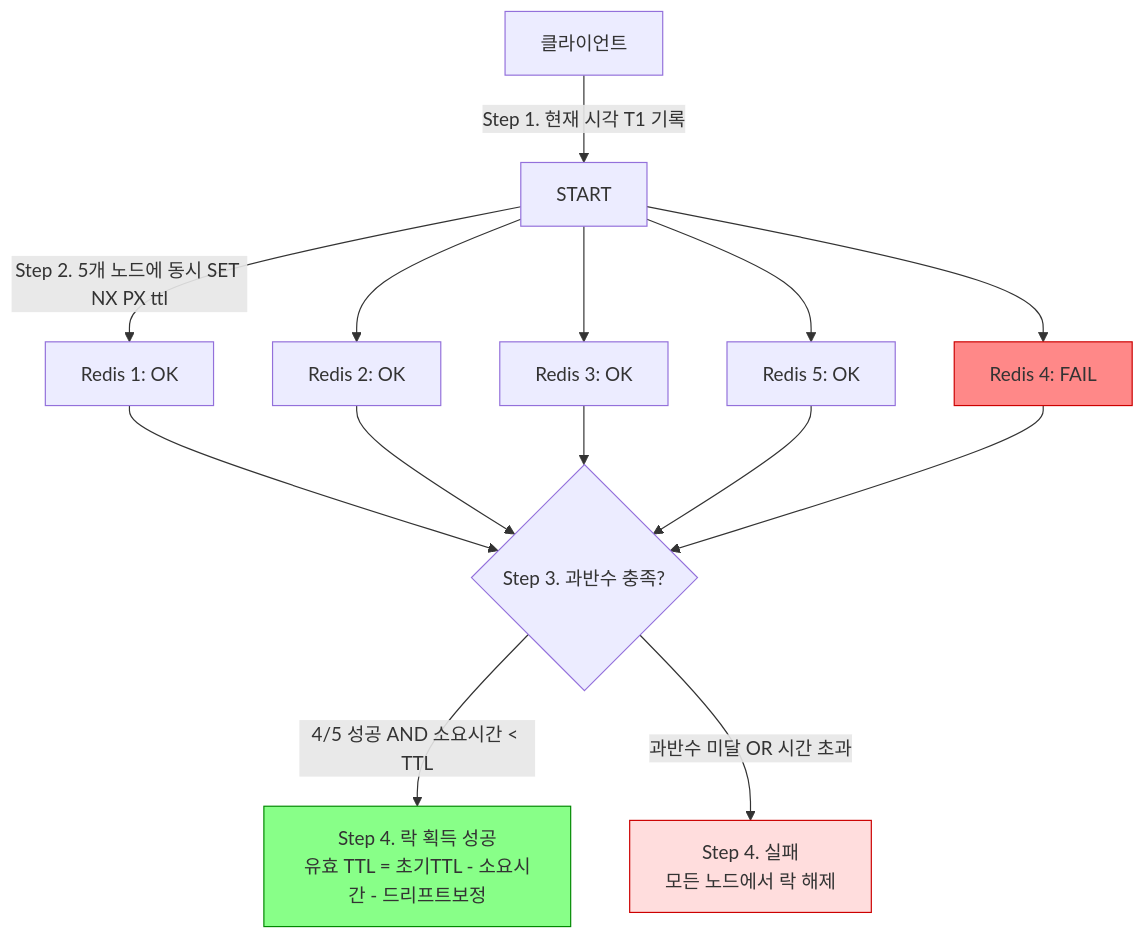
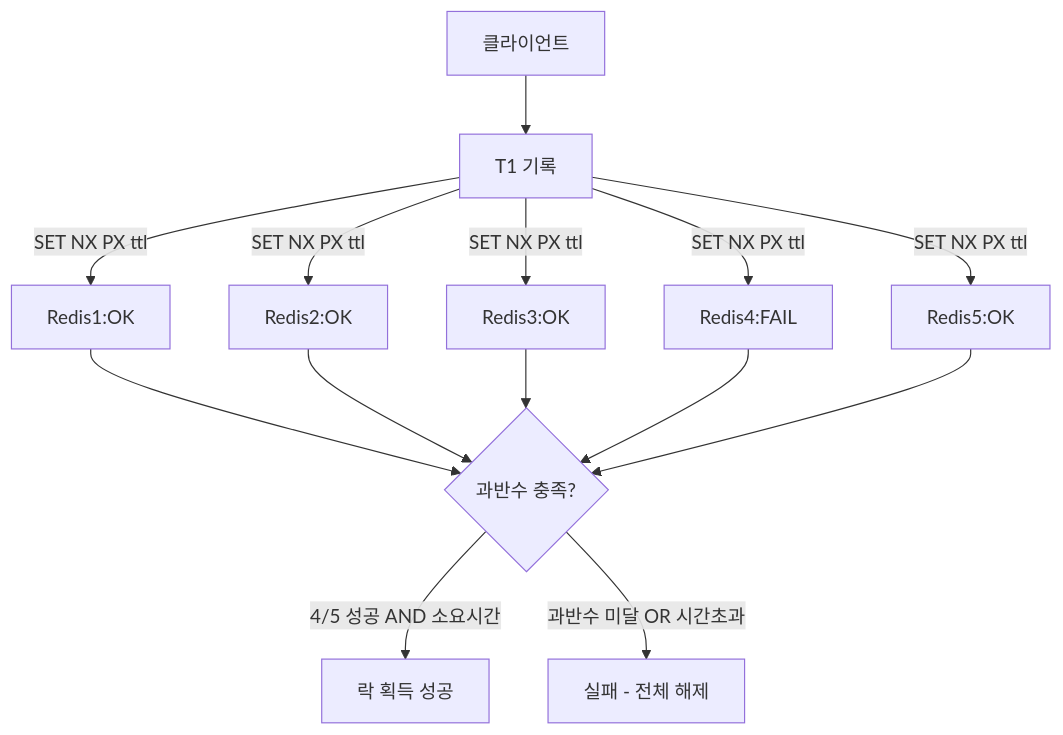
The eighth of 15 diagrams in _posts/redis/2026-05-01-redis-distributed-lock.md (yjkim2015/yjkim2015.github.io), drawn with Mermaid before and after one commit. The commit also changed other lines of this file and 215 other files, not shown here.

First line of the commit message:
신규 포스트 10개 추가 + Mermaid 전면 축소 + SystemDesign 시리즈 보강

````diff
--- a/_posts/redis/2026-05-01-redis-distributed-lock.md
+++ b/_posts/redis/2026-05-01-redis-distributed-lock.md
@@ -615,26 +556,8 @@
 ```mermaid
 flowchart TD
-    C[클라이언트] -->|Step 1. 현재 시각 T1 기록| START
-
-    START -->|Step 2. 5개 노드에 동시 SET NX PX ttl| R1
-    START --> R2
-    START --> R3
-    START --> R4
-    START --> R5
-
-    R1[Redis 1: OK]
-    R2[Redis 2: OK]
-    R3[Redis 3: OK]
-    R4[Redis 4: FAIL]
-    R5[Redis 5: OK]
-
-    R1 & R2 & R3 & R5 --> CHECK{Step 3. 과반수 충족?}
-    R4 --> CHECK
-
-    CHECK -->|4/5 성공 AND 소요시간 < TTL| SUCCESS[Step 4. 락 획득 성공\n유효 TTL = 초기TTL - 소요시간 - 드리프트보정]
-    CHECK -->|과반수 미달 OR 시간 초과| FAIL[Step 4. 실패\n모든 노드에서 락 해제]
-
-    style R4 fill:#f88,stroke:#c00
-    style SUCCESS fill:#8f8,stroke:#080
-    style FAIL fill:#fdd,stroke:#c00
+    C[클라이언트] --> START[T1 기록]
+    START -->|SET NX PX ttl| R1[Redis1:OK] & R2[Redis2:OK] & R3[Redis3:OK] & R4[Redis4:FAIL] & R5[Redis5:OK]
+    R1 & R2 & R3 & R4 & R5 --> CHECK{과반수 충족?}
+    CHECK -->|4/5 성공 AND 소요시간<TTL| SUCCESS[락 획득 성공]
+    CHECK -->|과반수 미달 OR 시간초과| FAIL[실패 - 전체 해제]
 ```
````
